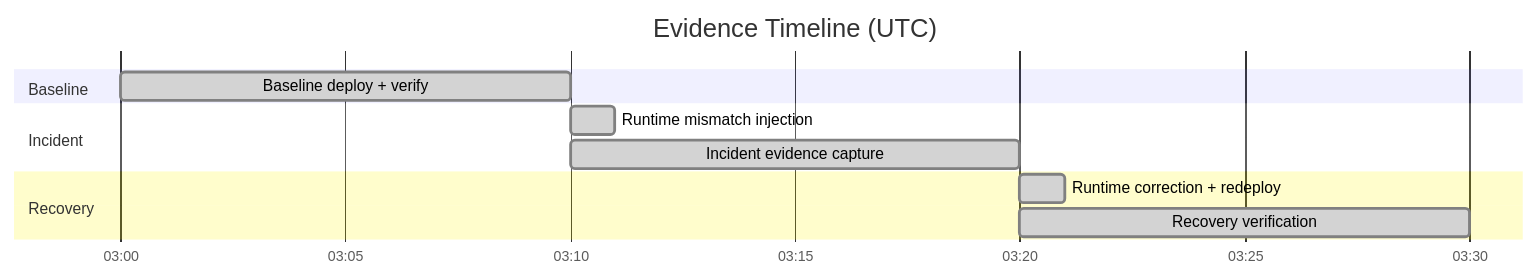
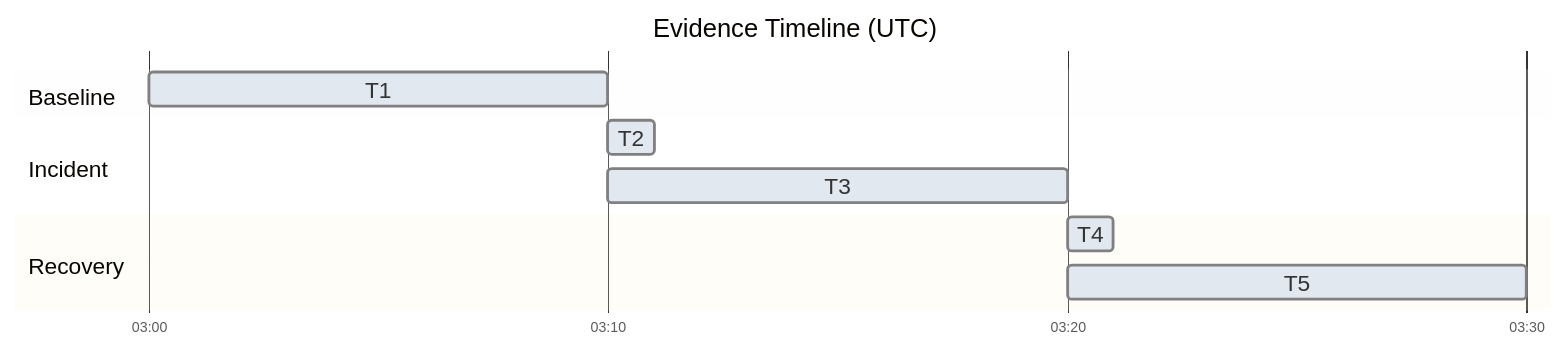
One commit to yeongseon/azure-functions-practical-guide changed the fifth of 5 diagrams in docs/troubleshooting/lab-guides/deployment-not-running.md. Above: the diagram before and after it, drawn with Mermaid. The commit also changed other lines of this file and 1 other file, not shown here.

First line of the commit message:
docs(diagrams): migrate Functions lab deployment startup — deployment not running (#432)

````diff
--- a/docs/troubleshooting/lab-guides/deployment-not-running.md
+++ b/docs/troubleshooting/lab-guides/deployment-not-running.md
@@ -896,14 +933,18 @@
 ```mermaid
+%%{init: {"gantt":{"fontSize":16,"sectionFontSize":16,"leftPadding":95,"rightPadding":35,"barHeight":24,"barGap":10},"theme":"base","themeVariables":{"doneTaskBkgColor":"#e2e8f0","critBkgColor":"#fed7aa","taskBkgColor":"#e2e8f0"},"themeCSS":".grid .tick text{font-size:16px;fill:var(--md-default-fg-color);} .section{opacity:0;} .titleText{font-size:14px;fill:var(--md-default-fg-color);} .sectionTitle{fill:var(--md-default-fg-color);} .taskTextOutsideLeft,.taskTextOutsideRight{fill:var(--md-default-fg-color)!important;} .taskText{fill:#14202e!important;}"}}%%
 gantt
+    accTitle: Historical walkthrough evidence windows
+    accDescr: UTC windows copied from the historical walkthrough: baseline deploy and verify at 03:00 for ten minutes; runtime mismatch injection at 03:10 for one minute and incident capture for ten minutes; runtime correction and redeploy at 03:20 for one minute and recovery verification for ten minutes. Done markers preserve the existing model, not new Golden validation.
     title Evidence Timeline (UTC)
     dateFormat  HH:mm
     axisFormat  %H:%M
+    tickInterval 10minute
     section Baseline
-    Baseline deploy + verify            :done, e1, 03:00, 10m
+    T1                                  :done, e1, 03:00, 10m
     section Incident
-    Runtime mismatch injection          :done, e2, 03:10, 1m
-    Incident evidence capture           :done, e3, 03:10, 10m
+    T2                                  :done, e2, 03:10, 1m
+    T3                                  :done, e3, 03:10, 10m
     section Recovery
-    Runtime correction + redeploy       :done, e4, 03:20, 1m
-    Recovery verification               :done, e5, 03:20, 10m
+    T4                                  :done, e4, 03:20, 1m
+    T5                                  :done, e5, 03:20, 10m
 ```
````
